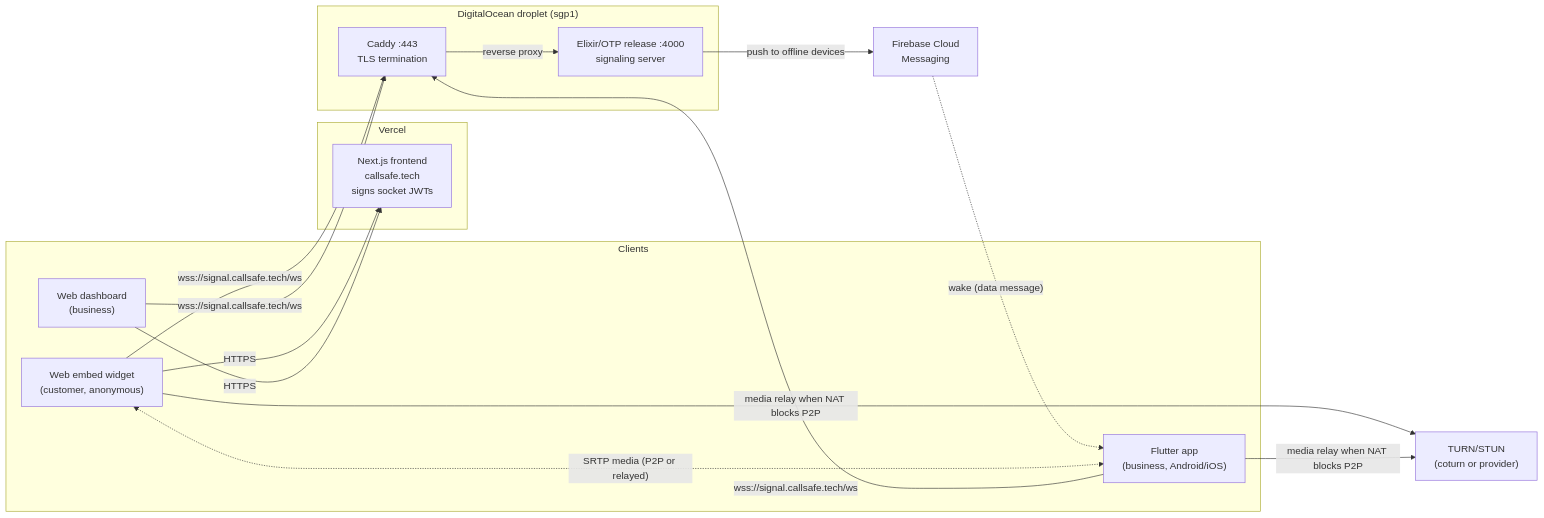
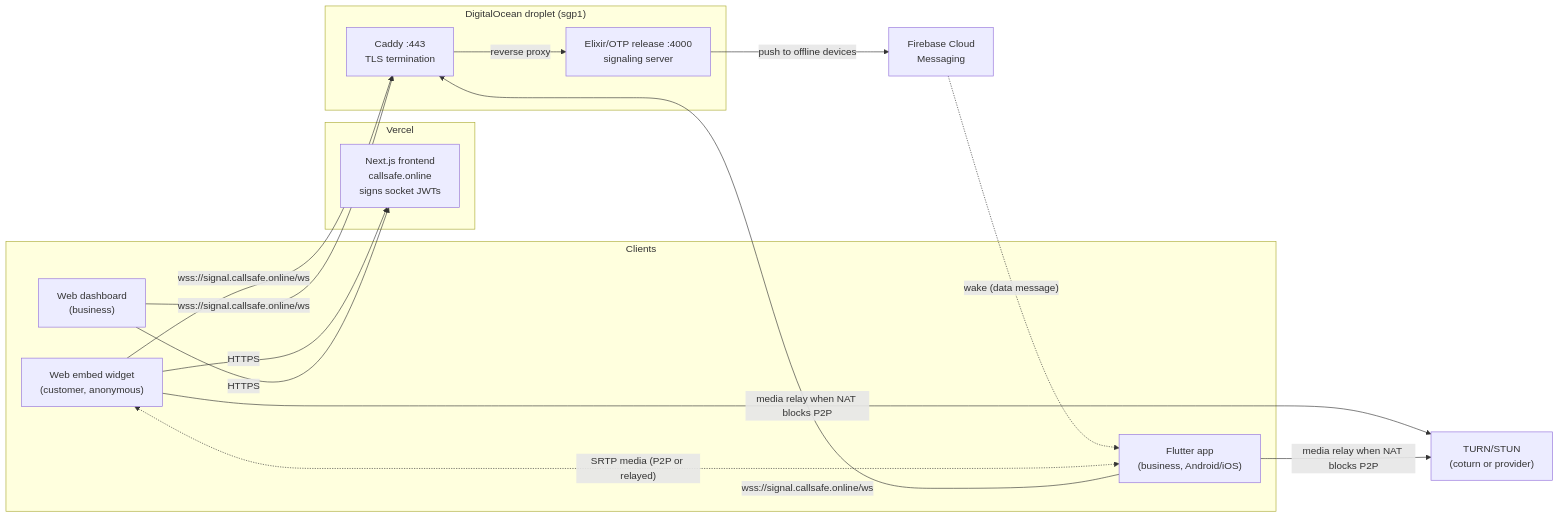
Before and after one commit to arkanere/callsafe: the first of 4 diagrams in ARCHITECTURE.md, drawn with Mermaid. The commit also changed 21 other files, not shown here.

First line of the commit message:
Migrate domain from callsafe.tech to callsafe.online

````diff
--- a/ARCHITECTURE.md
+++ b/ARCHITECTURE.md
@@ -17,28 +17,28 @@
 ```mermaid
 flowchart LR
     subgraph Clients
         W["Web embed widget<br/>(customer, anonymous)"]
         D["Web dashboard<br/>(business)"]
         M["Flutter app<br/>(business, Android/iOS)"]
     end
 
     subgraph Vercel
-        F["Next.js frontend<br/>callsafe.tech<br/>signs socket JWTs"]
+        F["Next.js frontend<br/>callsafe.online<br/>signs socket JWTs"]
     end
 
     subgraph "DigitalOcean droplet (sgp1)"
         C["Caddy :443<br/>TLS termination"]
         S["Elixir/OTP release :4000<br/>signaling server"]
         C -->|reverse proxy| S
     end
 
     T["TURN/STUN<br/>(coturn or provider)"]
     FCM["Firebase Cloud<br/>Messaging"]
 
     W & D -->|HTTPS| F
-    W & D & M -->|"wss://signal.callsafe.tech/ws"| C
+    W & D & M -->|"wss://signal.callsafe.online/ws"| C
     S -->|push to offline devices| FCM
     FCM -.->|"wake (data message)"| M
     W <-.->|"SRTP media (P2P or relayed)"| M
     W & M -->|media relay when NAT blocks P2P| T
 ```
````
